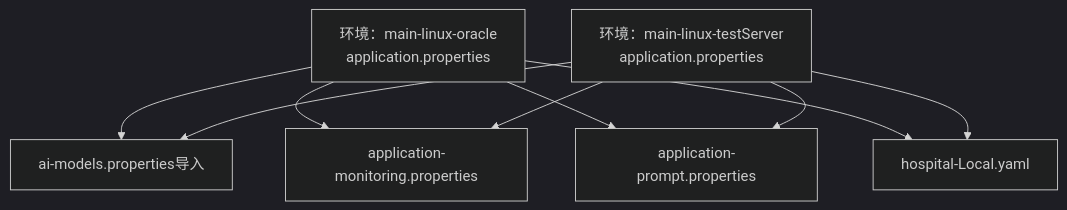
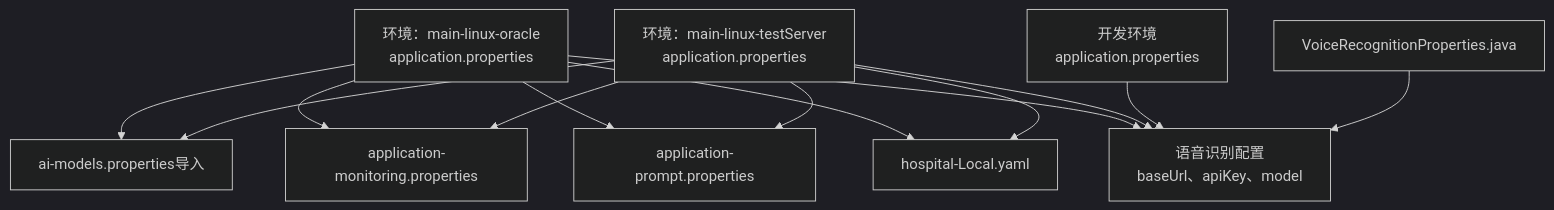
The second of 3 diagrams in .qoder/repowiki/zh/content/配置管理/配置管理.md (liuzh2008/med_ai_assistant_workspace), drawn with Mermaid (dark theme) before and after one commit. The commit also changed other lines of this file and 4 other files, not shown here.

````diff
--- a/.qoder/repowiki/zh/content/配置管理/配置管理.md
+++ b/.qoder/repowiki/zh/content/配置管理/配置管理.md
@@ -113,17 +142,24 @@
 ```mermaid
 graph TB
 ENV_ORA["环境：main-linux-oracle<br/>application.properties"]
 ENV_TEST["环境：main-linux-testServer<br/>application.properties"]
+DEV_ENV["开发环境<br/>application.properties"]
 AI_ORA["ai-models.properties导入"]
 MONITOR["application-monitoring.properties"]
 PROMPT["application-prompt.properties"]
 HOSP["hospital-Local.yaml"]
+VOICE_CLASS["VoiceRecognitionProperties.java"]
+VOICE_CONFIG["语音识别配置<br/>baseUrl、apiKey、model"]
 ENV_ORA --> AI_ORA
 ENV_TEST --> AI_ORA
 ENV_ORA --> MONITOR
 ENV_TEST --> MONITOR
 ENV_ORA --> PROMPT
 ENV_TEST --> PROMPT
 ENV_ORA --> HOSP
 ENV_TEST --> HOSP
+ENV_ORA --> VOICE_CONFIG
+ENV_TEST --> VOICE_CONFIG
+DEV_ENV --> VOICE_CONFIG
+VOICE_CLASS --> VOICE_CONFIG
 ```
````
